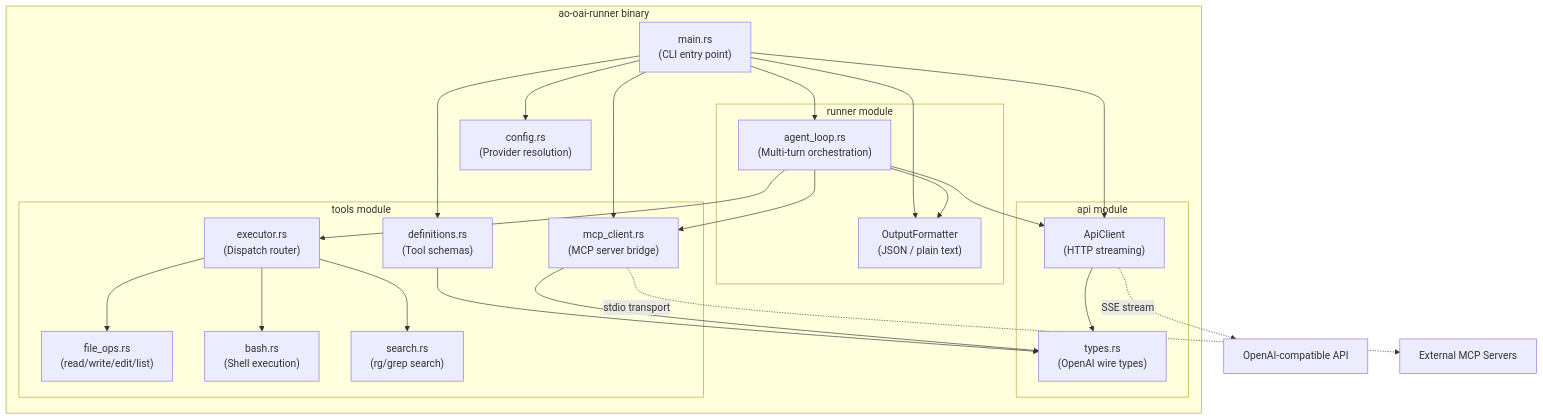
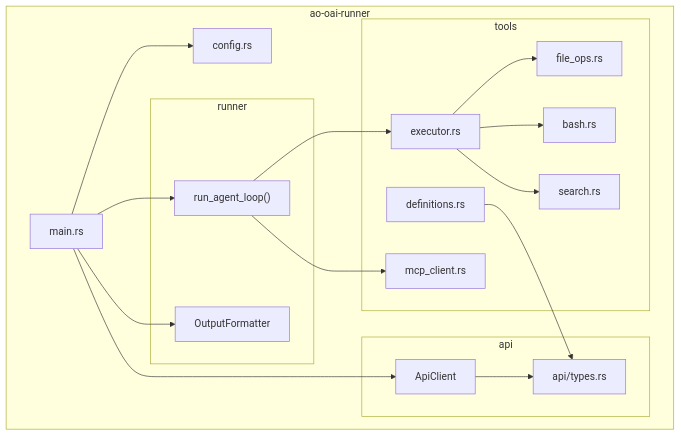
Before and after one commit to launchapp-dev/animus-cli: the first of 2 diagrams in crates/oai-runner/README.md, drawn with Mermaid. The commit also changed other lines of this file and 15 other files, not shown here.

````diff
--- a/crates/oai-runner/README.md
+++ b/crates/oai-runner/README.md
@@ -13,49 +15,38 @@
 ```mermaid
 graph TB
-    subgraph "ao-oai-runner binary"
-        MAIN["main.rs<br/>(CLI entry point)"]
-        CONFIG["config.rs<br/>(Provider resolution)"]
+    subgraph "ao-oai-runner"
+        MAIN["main.rs"]
+        CONFIG["config.rs"]
 
-        subgraph "api module"
-            CLIENT["ApiClient<br/>(HTTP streaming)"]
-            TYPES["types.rs<br/>(OpenAI wire types)"]
+        subgraph "api"
+            CLIENT["ApiClient"]
+            TYPES["api/types.rs"]
         end
 
-        subgraph "runner module"
-            LOOP["agent_loop.rs<br/>(Multi-turn orchestration)"]
-            OUTPUT["OutputFormatter<br/>(JSON / plain text)"]
+        subgraph "runner"
+            LOOP["run_agent_loop()"]
+            OUTPUT["OutputFormatter"]
         end
 
-        subgraph "tools module"
-            DEFS["definitions.rs<br/>(Tool schemas)"]
-            EXEC["executor.rs<br/>(Dispatch router)"]
-            FILEOPS["file_ops.rs<br/>(read/write/edit/list)"]
-            BASH["bash.rs<br/>(Shell execution)"]
-            SEARCH["search.rs<br/>(rg/grep search)"]
-            MCP["mcp_client.rs<br/>(MCP server bridge)"]
+        subgraph "tools"
+            DEFS["definitions.rs"]
+            EXEC["executor.rs"]
+            FILES["file_ops.rs"]
+            BASH["bash.rs"]
+            SEARCH["search.rs"]
+            MCP["mcp_client.rs"]
         end
     end
 
     MAIN --> CONFIG
     MAIN --> CLIENT
-    MAIN --> DEFS
-    MAIN --> MCP
     MAIN --> LOOP
     MAIN --> OUTPUT
-
-    LOOP --> CLIENT
     LOOP --> EXEC
     LOOP --> MCP
-    LOOP --> OUTPUT
-
-    EXEC --> FILEOPS
+    EXEC --> FILES
     EXEC --> BASH
     EXEC --> SEARCH
-
     CLIENT --> TYPES
     DEFS --> TYPES
-    MCP --> TYPES
-
-    CLIENT -.->|"SSE stream"| API["OpenAI-compatible API"]
-    MCP -.->|"stdio transport"| MCPSERVER["External MCP Servers"]
 ```
````
